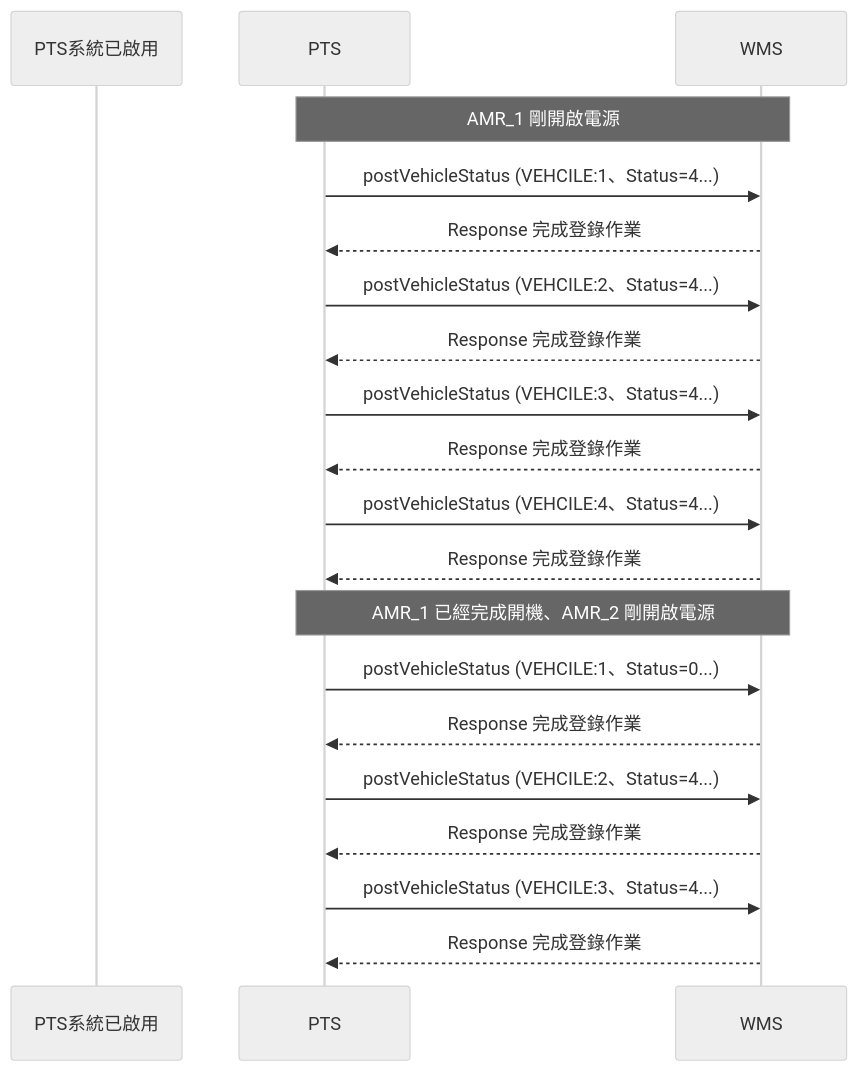
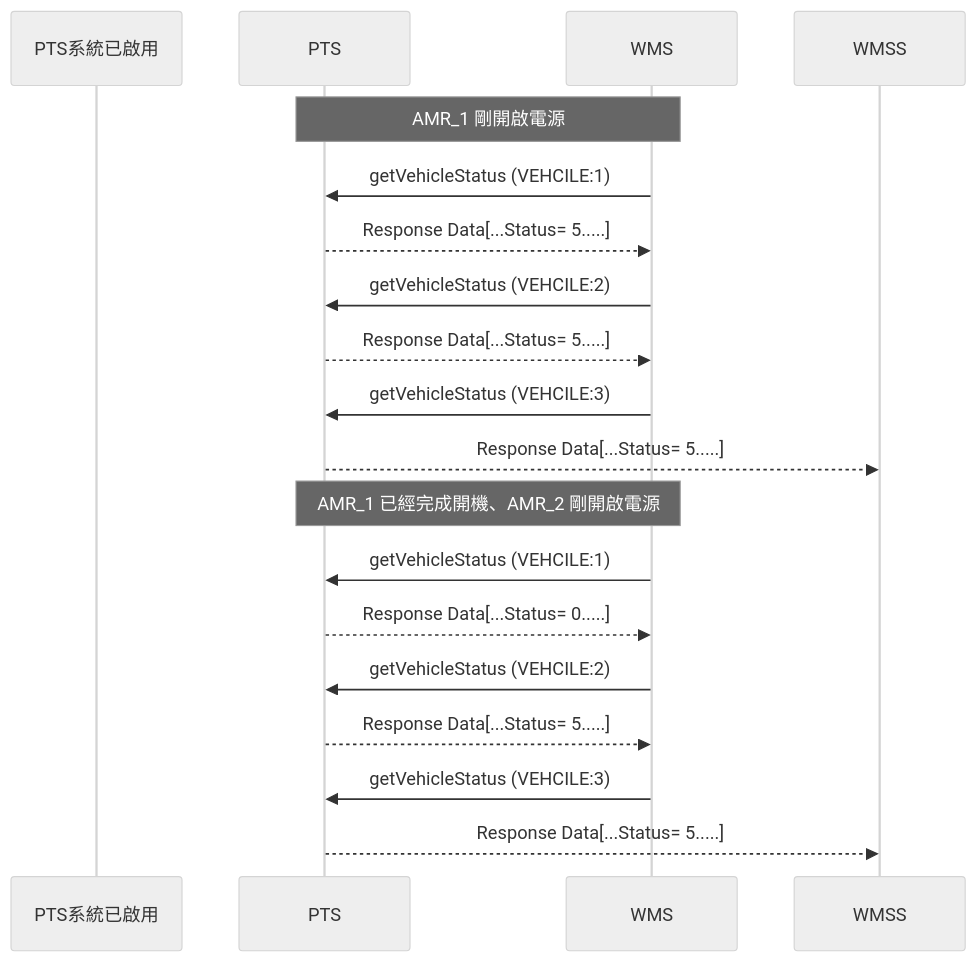
The fifth of 9 diagrams in README.md (athena-tircgo/amr-wms-lsj), drawn with Mermaid (neutral theme) before and after one commit. The commit also changed other lines of this file, not shown here.

````diff
--- a/README.md
+++ b/README.md
@@ -342,25 +335,23 @@
 ```mermaid
 sequenceDiagram
     participant PTS系統已啟用
     participant PTS
     participant WMS
 
     note over PTS,WMS: AMR_1 剛開啟電源
-        PTS->>WMS: postVehicleStatus (VEHCILE:1、Status=4...)
-        WMS-->>PTS: Response 完成登錄作業
-        PTS->>WMS: postVehicleStatus (VEHCILE:2、Status=4...)
-        WMS-->>PTS: Response 完成登錄作業
-        PTS->>WMS: postVehicleStatus (VEHCILE:3、Status=4...)
-        WMS-->>PTS: Response 完成登錄作業
-        PTS->>WMS: postVehicleStatus (VEHCILE:4、Status=4...)
-        WMS-->>PTS: Response 完成登錄作業
+        WMS->>PTS:getVehicleStatus (VEHCILE:1)
+        PTS-->>WMS:Response Data[...Status= 5.....]
+        WMS->>PTS:getVehicleStatus (VEHCILE:2)
+        PTS-->>WMS:Response  Data[...Status= 5.....]
+        WMS->>PTS:getVehicleStatus (VEHCILE:3)
+        PTS-->>WMSS:Response  Data[...Status= 5.....]
 
     note over PTS,WMS: AMR_1 已經完成開機、AMR_2 剛開啟電源
-        PTS->>WMS: postVehicleStatus (VEHCILE:1、Status=0...)
-        WMS-->>PTS: Response 完成登錄作業
-        PTS->>WMS: postVehicleStatus (VEHCILE:2、Status=4...)
-        WMS-->>PTS: Response 完成登錄作業
-        PTS->>WMS: postVehicleStatus (VEHCILE:3、Status=4...)
-        WMS-->>PTS: Response 完成登錄作業
+        WMS->>PTS:getVehicleStatus (VEHCILE:1)
+        PTS-->>WMS:Response Data[...Status= 0.....]
+        WMS->>PTS:getVehicleStatus (VEHCILE:2)
+        PTS-->>WMS:Response  Data[...Status= 5.....]
+        WMS->>PTS:getVehicleStatus (VEHCILE:3)
+        PTS-->>WMSS:Response  Data[...Status= 5.....]
 
 ```
````
